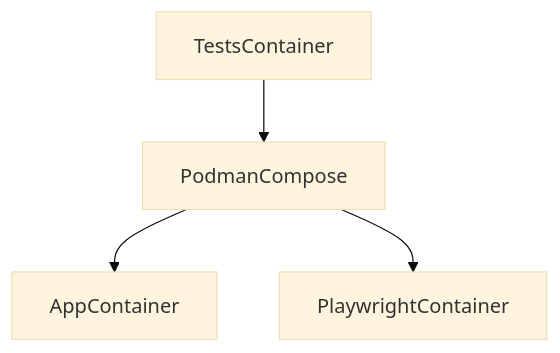
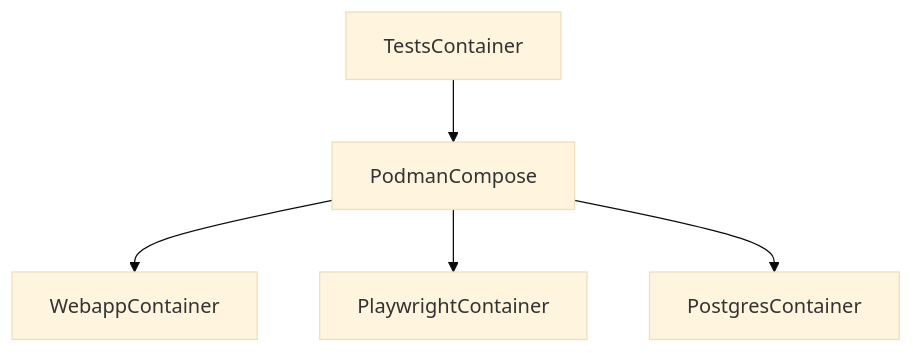
Before and after one commit to hitchdev/hitchstory: the diagram in examples/website/README.md, drawn with Mermaid (base theme). The commit also changed other lines of this file and 6 other files, not shown here.

````diff
--- a/examples/website/README.md
+++ b/examples/website/README.md
@@ -205,6 +206,7 @@
 ```mermaid
 graph TD;
     TestsContainer-->PodmanCompose;
-    PodmanCompose-->AppContainer;
+    PodmanCompose-->WebappContainer;
     PodmanCompose-->PlaywrightContainer;
+    PodmanCompose-->PostgresContainer;
 ```
````
